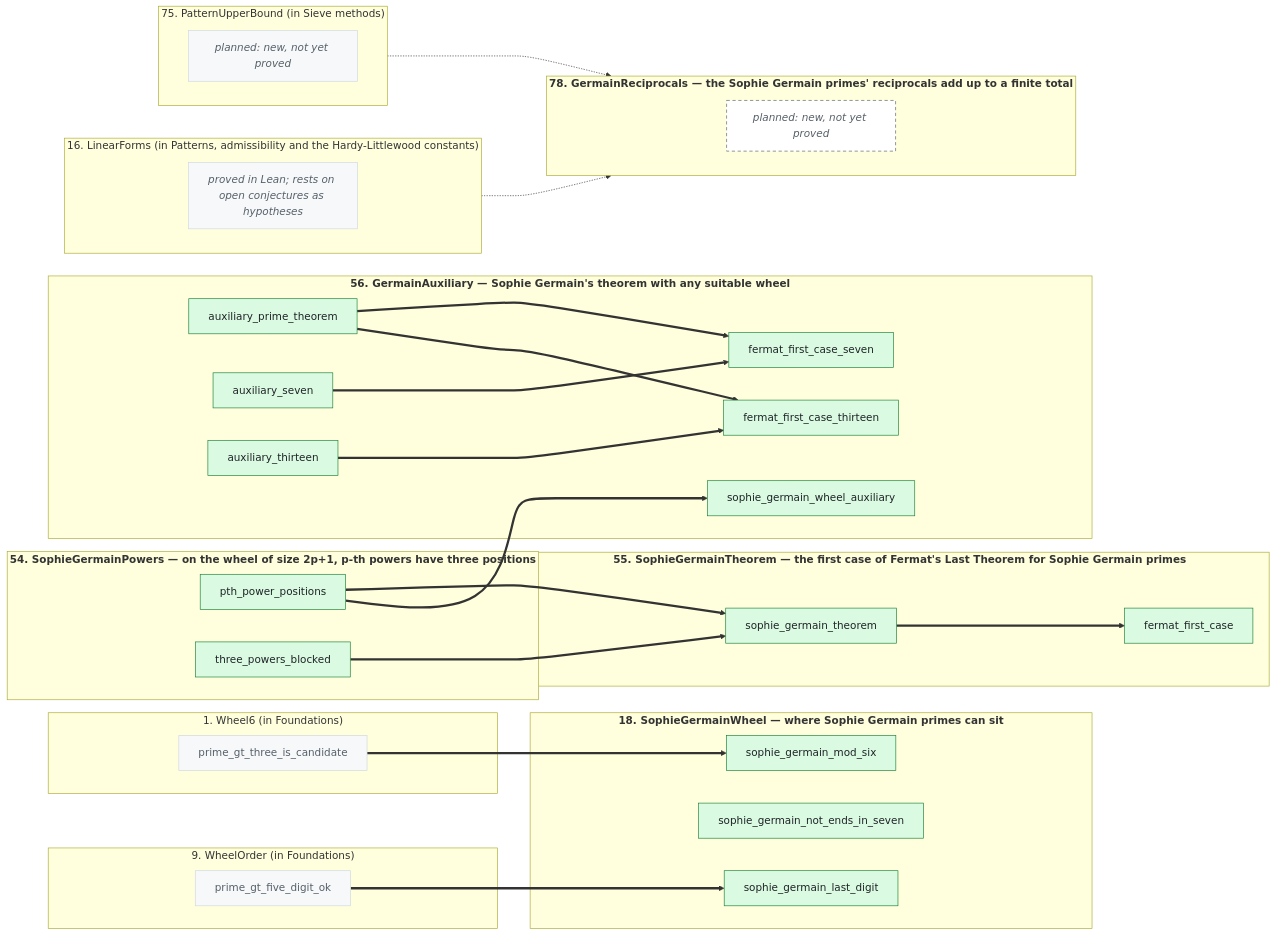
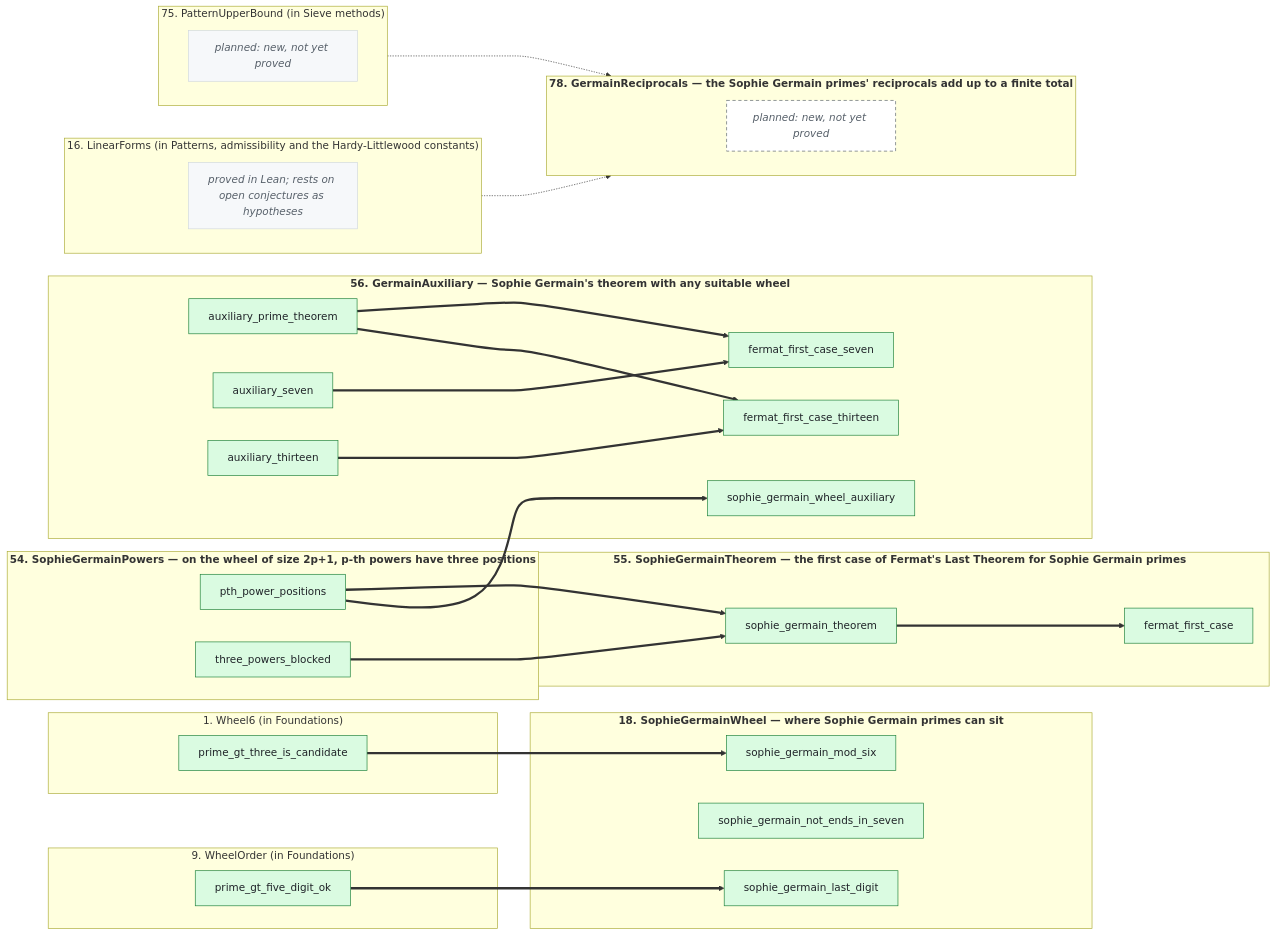
One commit to golfbum71/RNS-Sieve-Network changed the sixth of 8 diagrams in GRAPH.md. Above: the diagram before and after it, drawn with Mermaid. The commit also changed other lines of this file and 1 other file, not shown here.

First line of the commit message:
GRAPH.md: claims from other families keep their own status colour

```diff
--- a/GRAPH.md
+++ b/GRAPH.md
@@ -931,9 +931,9 @@
   classDef external fill:#fbefff,stroke:#8250df,color:#1f2328;
   classDef openconj fill:#fff8c5,stroke:#9a6700,color:#1f2328;
   classDef stub fill:#f6f8fa,stroke:#d0d7de,color:#57606a;
-  class c1,c2,c3,c4,c5,c6,c7,c8,c9,c10,c11,c12,c13 verified;
+  class c1,c2,c3,c4,c5,c6,c7,c8,c9,c10,c11,c12,c13,c14,c15 verified;
   class p1 new;
-  class c14,c15,p2,p3 stub;
+  class p2,p3 stub;
   click c14 href "https://github.com/golfbum71/RNS-Sieve-Network/blob/main/docs/nodes/Wheel6.md#prime_gt_three_is_candidate" _blank
   click c15 href "https://github.com/golfbum71/RNS-Sieve-Network/blob/main/docs/nodes/WheelOrder.md#prime_gt_five_digit_ok" _blank
   click p2 href "https://github.com/golfbum71/RNS-Sieve-Network/blob/main/docs/nodes/LinearForms.md" _blank
```
